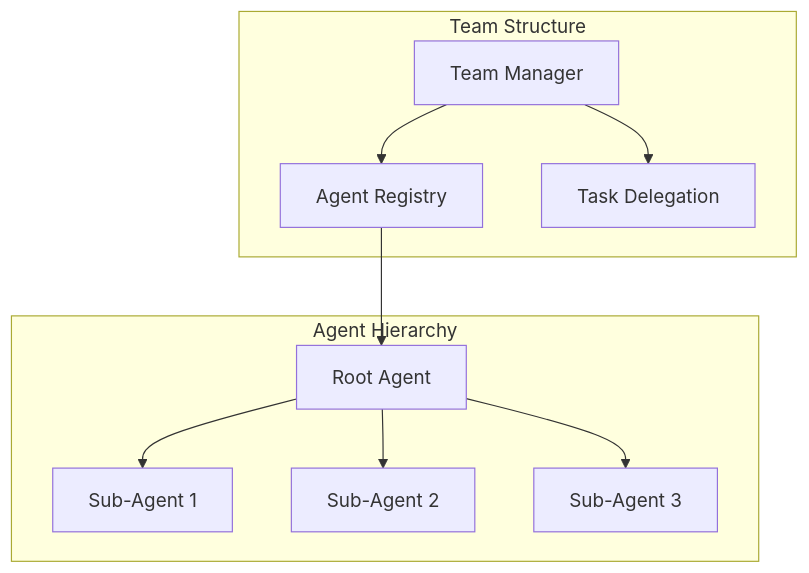
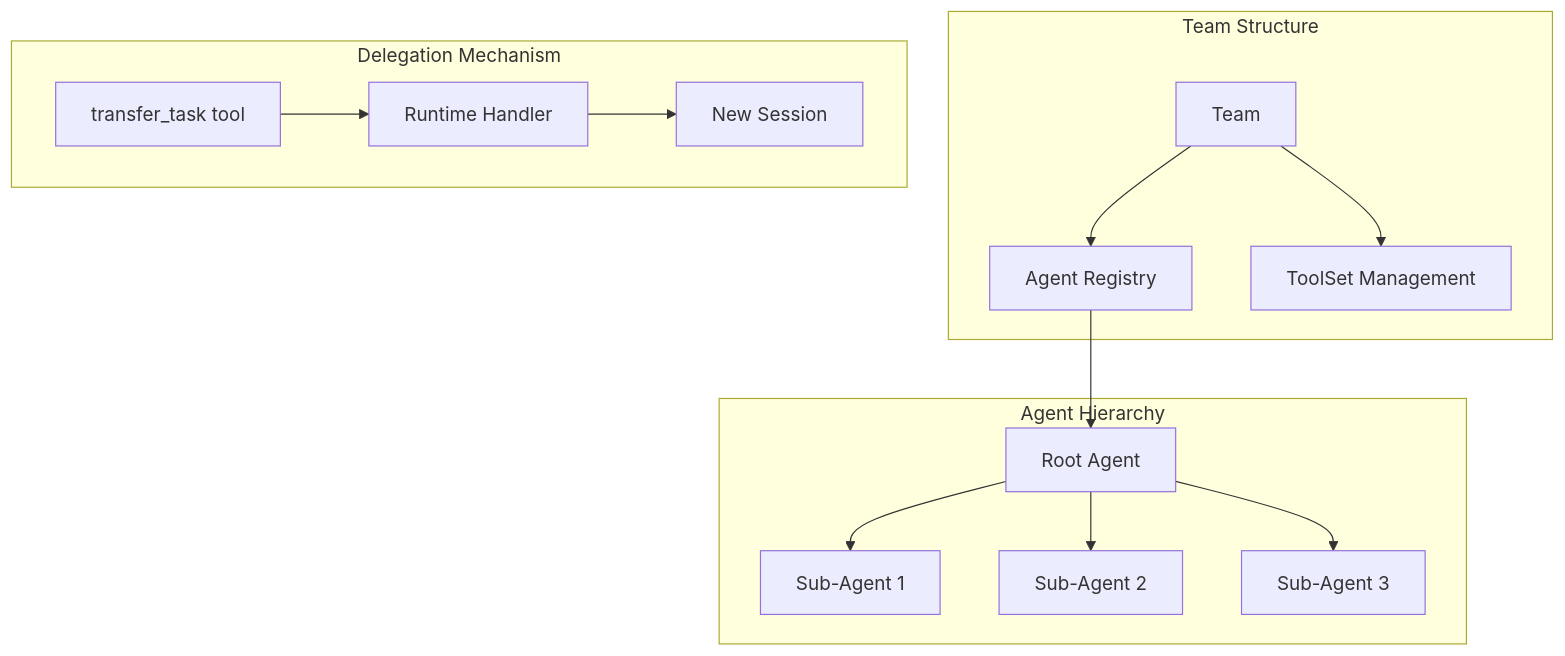
Before and after one commit to vvoland/cagent: the eighth of 12 diagrams in docs/architecture.md, drawn with Mermaid. The commit also changed other lines of this file, not shown here.

Commit message:
Update architecture docs

````diff
--- a/docs/architecture.md
+++ b/docs/architecture.md
@@ -360,23 +467,32 @@
 ```mermaid
 graph TB
     subgraph "Team Structure"
-        TEAM[Team Manager]
-        AGENTS[Agent Registry]
-        DELEGATION[Task Delegation]
+        TEAM[Team]
+        REGISTRY[Agent Registry]
+        TOOLSETS[ToolSet Management]
     end
 
     subgraph "Agent Hierarchy"
         ROOT[Root Agent]
         SUB1[Sub-Agent 1]
         SUB2[Sub-Agent 2]
         SUB3[Sub-Agent 3]
     end
 
-    TEAM --> AGENTS
-    TEAM --> DELEGATION
+    subgraph "Delegation Mechanism"
+        TRANSFER[transfer_task tool]
+        RUNTIME[Runtime Handler]
+        SESSION[New Session]
+    end
 
-    AGENTS --> ROOT
+    TEAM --> REGISTRY
+    TEAM --> TOOLSETS
+
+    REGISTRY --> ROOT
     ROOT --> SUB1
     ROOT --> SUB2
     ROOT --> SUB3
+
+    TRANSFER --> RUNTIME
+    RUNTIME --> SESSION
 ```
````
